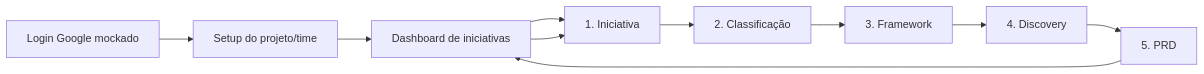
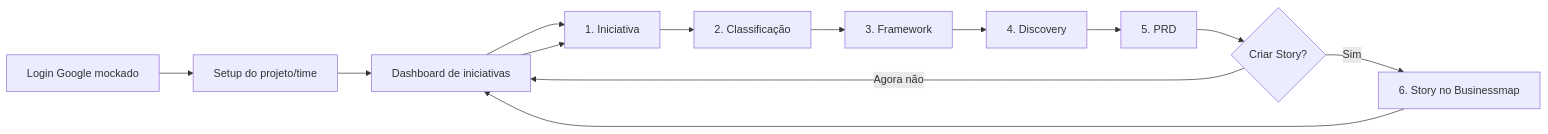
Before and after one commit to julianaft/Product-AI-Workflow: the diagram in docs/JORNADA_DO_USUARIO.md, drawn with Mermaid. The commit also changed other lines of this file and 19 other files, not shown here.

Commit message:
Adiciona criacao opcional de Story no Businessmap

````diff
--- a/docs/JORNADA_DO_USUARIO.md
+++ b/docs/JORNADA_DO_USUARIO.md
@@ -8,12 +8,15 @@
 ```mermaid
 flowchart LR
   login[Login Google mockado] --> setup[Setup do projeto/time]
   setup --> dashboard[Dashboard de iniciativas]
   dashboard --> initiative[1. Iniciativa]
   initiative --> classify[2. Classificação]
   classify --> method[3. Framework]
   method --> discovery[4. Discovery]
   discovery --> prd[5. PRD]
-  prd --> dashboard
+  prd --> businessmap{Criar Story?}
+  businessmap -->|Sim| story[6. Story no Businessmap]
+  businessmap -->|Agora não| dashboard
+  story --> dashboard
   dashboard --> initiative
 ```
````
